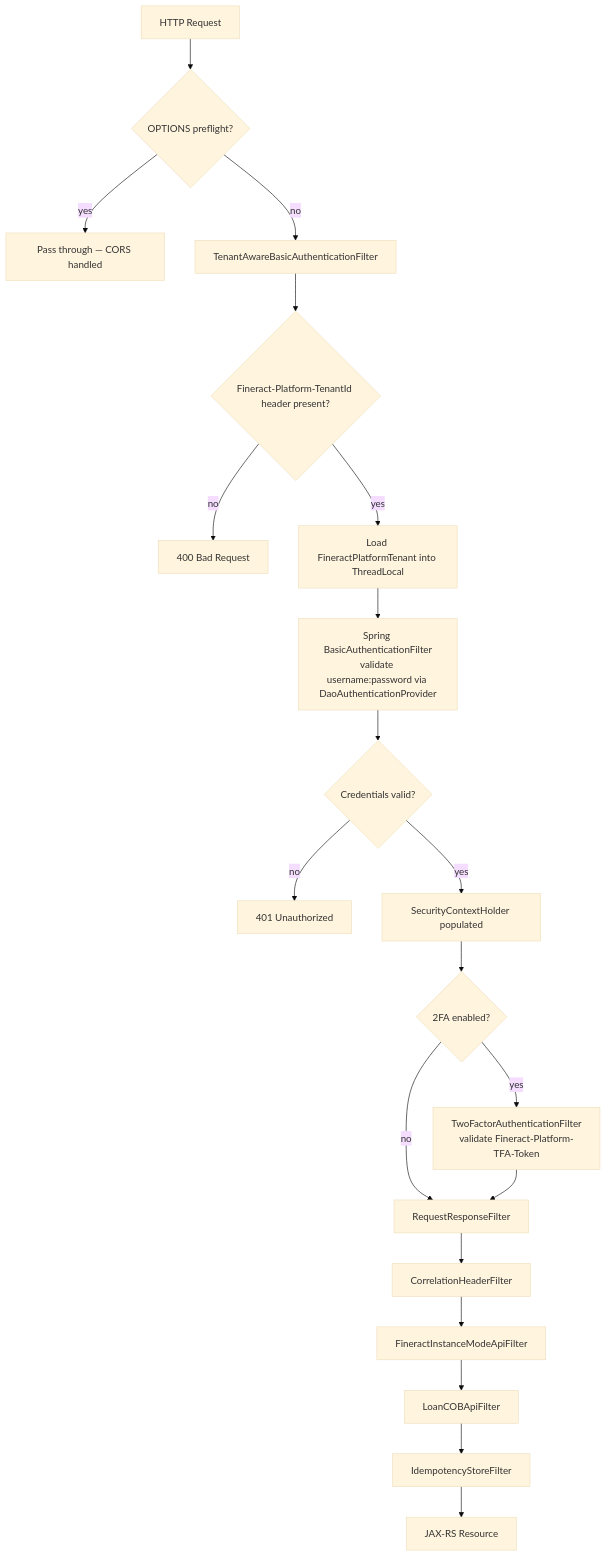
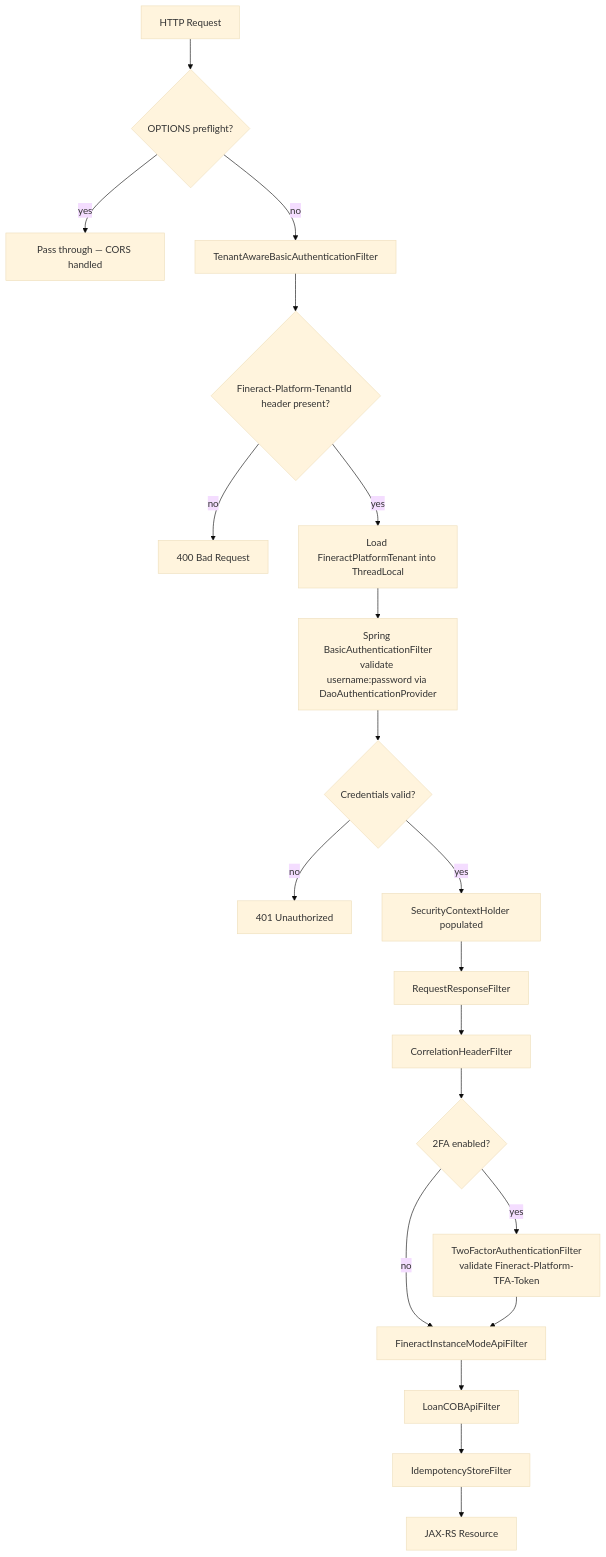
The first of 2 diagrams in security/overview.mdx (mintlify-atlas/docs-wiki-1999217c), drawn with Mermaid (base theme) before and after one commit. The commit also changed other lines of this file and 28 other files, not shown here.

````diff
--- a/security/overview.mdx
+++ b/security/overview.mdx
@@ -65,22 +65,22 @@
 ```mermaid
 flowchart TD
     A[HTTP Request] --> B{OPTIONS preflight?}
     B -- yes --> C[Pass through — CORS handled]
     B -- no --> D[TenantAwareBasicAuthenticationFilter]
     D --> E{Fineract-Platform-TenantId header present?}
     E -- no --> F[400 Bad Request]
     E -- yes --> G[Load FineractPlatformTenant into ThreadLocal]
     G --> H[Spring BasicAuthenticationFilter\nvalidate username:password via DaoAuthenticationProvider]
     H --> I{Credentials valid?}
     I -- no --> J[401 Unauthorized]
     I -- yes --> K[SecurityContextHolder populated]
-    K --> L{2FA enabled?}
+    K --> N[RequestResponseFilter]
+    N --> O[CorrelationHeaderFilter]
+    O --> L{2FA enabled?}
     L -- yes --> M[TwoFactorAuthenticationFilter\nvalidate Fineract-Platform-TFA-Token]
-    L -- no --> N[RequestResponseFilter]
-    M --> N
-    N --> O[CorrelationHeaderFilter]
-    O --> P[FineractInstanceModeApiFilter]
+    L -- no --> P[FineractInstanceModeApiFilter]
+    M --> P
     P --> Q[LoanCOBApiFilter]
     Q --> R[IdempotencyStoreFilter]
     R --> S[JAX-RS Resource]
 ```
````
